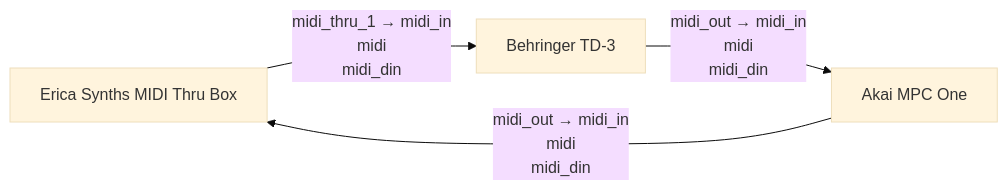
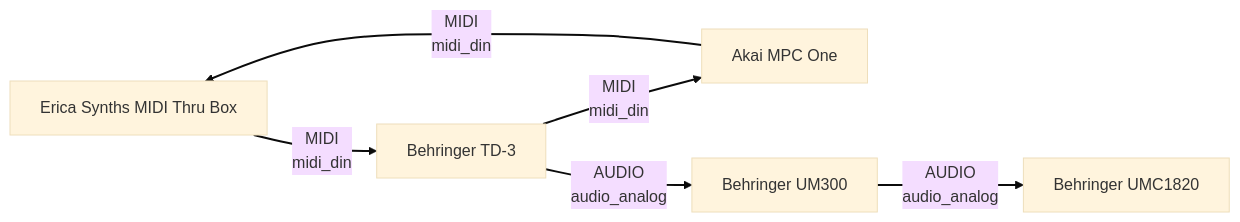
One commit to bentronic-space/studio changed the diagram in diagrams/midi-routing.md. Above: the diagram before and after it, drawn with Mermaid (base theme). The commit also changed 20 other files, not shown here.

````diff
--- a/diagrams/midi-routing.md
+++ b/diagrams/midi-routing.md
@@ -1,12 +1,17 @@
 ```mermaid
 flowchart LR
 
     erica_midi_thru["Erica Synths MIDI Thru Box"]
     mpc_one["Akai MPC One"]
     td3["Behringer TD-3"]
+    um300["Behringer UM300"]
+    umc1820["Behringer UMC1820"]
 
-    erica_midi_thru -->|"midi_thru_1 → midi_in<br>midi<br>midi_din"| td3
-    mpc_one -->|"midi_out → midi_in<br>midi<br>midi_din"| erica_midi_thru
-    td3 -->|"midi_out → midi_in<br>midi<br>midi_din"| mpc_one
+    erica_midi_thru -->|"MIDI<br>midi_din"| td3
+    mpc_one -->|"MIDI<br>midi_din"| erica_midi_thru
+    td3 -->|"MIDI<br>midi_din"| mpc_one
+    td3 -->|"AUDIO<br>audio_analog"| um300
+    um300 -->|"AUDIO<br>audio_analog"| umc1820
 
+    linkStyle default stroke-width:2px;
 ```
````
